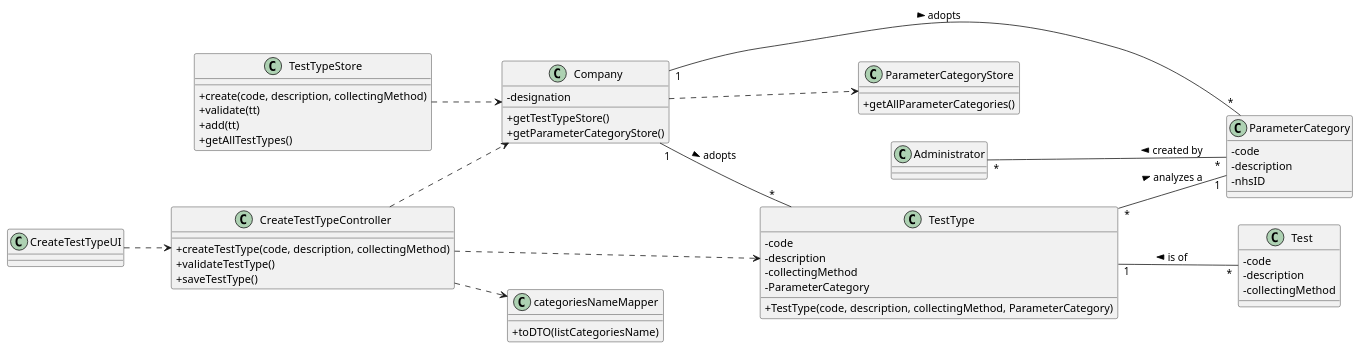
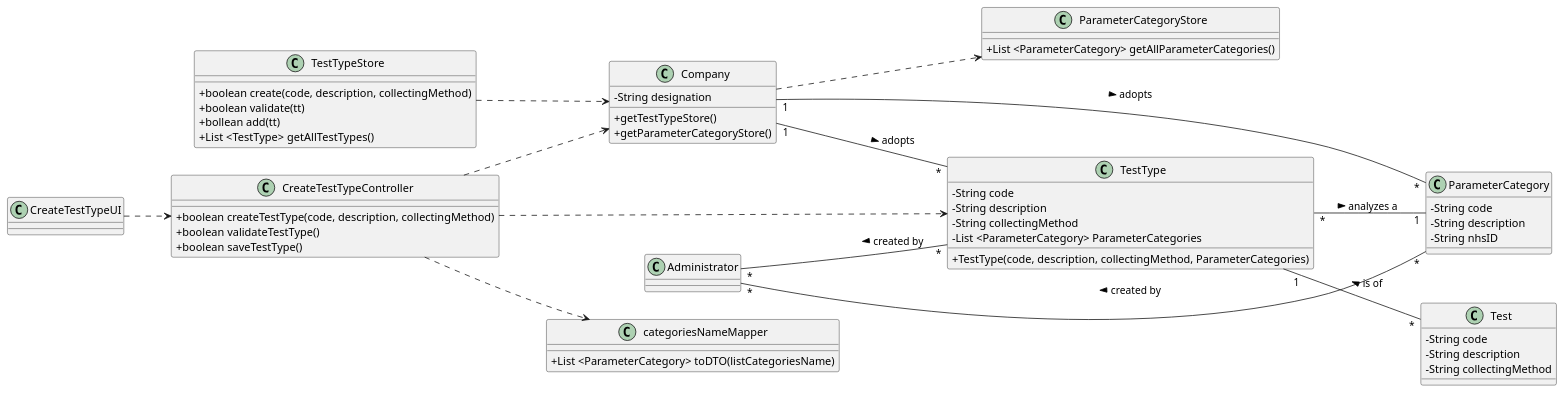
The diagram in docs/SprintB/US09/US09-CD.puml (0franciscor/lei-21-s2-1de-g19), drawn with PlantUML before and after one commit. The commit also changed 3 other files, not shown here.

```diff
--- a/docs/SprintB/US09/US09-CD.puml
+++ b/docs/SprintB/US09/US09-CD.puml
@@ -1,77 +1,79 @@
 @startuml
 skinparam classAttributeIconSize 0
 left to right direction
 
 class "Company" as C {
--designation
+-String designation
 +getTestTypeStore()
 +getParameterCategoryStore()
 }
 
 class "categoriesNameMapper" as cNM {
-+toDTO(listCategoriesName)
++List <ParameterCategory> toDTO(listCategoriesName)
 }
 
 class "TestTypeStore" as TTS{
-+create(code, description, collectingMethod)
-+validate(tt)
-+add(tt)
-+getAllTestTypes()
++boolean create(code, description, collectingMethod)
++boolean validate(tt)
++bollean add(tt)
++List <TestType> getAllTestTypes()
 }
 
 class "ParameterCategoryStore" as PCS{
-+getAllParameterCategories()
++List <ParameterCategory> getAllParameterCategories()
 }
 
 class "TestType" as TT {
--code
--description
--collectingMethod
--ParameterCategory
-+TestType(code, description, collectingMethod, ParameterCategory)
+-String code
+-String description
+-String collectingMethod
+-List <ParameterCategory> ParameterCategories
++TestType(code, description, collectingMethod, ParameterCategories)
 }
 
 class "CreateTestTypeController" as CTTC {
-+createTestType(code, description, collectingMethod)
-+validateTestType()
-+saveTestType()
++boolean createTestType(code, description, collectingMethod)
++boolean validateTestType()
++boolean saveTestType()
 }
 
 class "Test" as T{
--code
--description
--collectingMethod
+-String code
+-String description
+-String collectingMethod
 }
 
 class "ParameterCategory" as PC{
--code
--description
--nhsID
+-String code
+-String description
+-String nhsID
 }
 
 class "CreateTestTypeUI" as CTTUI
 class "TestType" as TT
 class "CreateTestTypeController" as CTTC
 class "Administrator" as admin
 
 CTTUI ..> CTTC
 
 C ..> PCS
 
 TTS ..> C
 
 CTTC ..> TT
 CTTC ..> C
 CTTC ..> cNM
 
 
 TT "1" -- "*" T: < is of
 TT "*" -- "1" PC : > analyzes a
 
 C "1" -- "*" TT : > adopts
 C "1" -- "*" PC : > adopts
 
 admin "*" -- "*" PC : < created by
 
+admin "*" -- "*" TT : < created by
+
 
 @enduml
```
